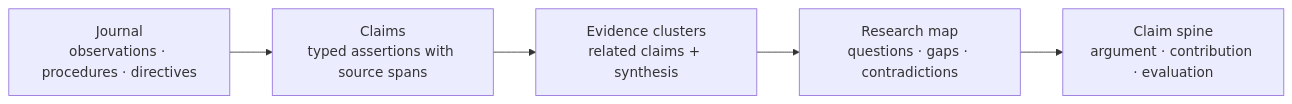
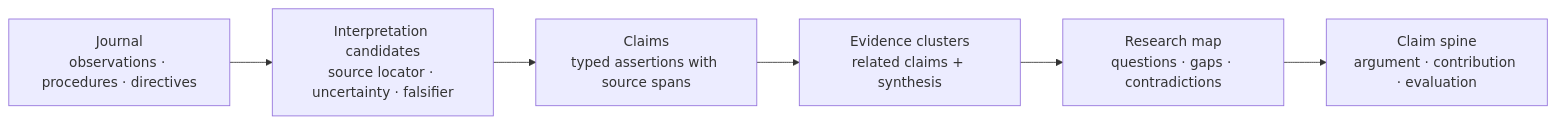
Before and after one commit to infinitywings/rka: the second of 2 diagrams in README.md, drawn with Mermaid. The commit also changed other lines of this file and 43 other files, not shown here.

````diff
--- a/README.md
+++ b/README.md
@@ -64,10 +64,11 @@
 ```mermaid
 flowchart LR
     Journal["Journal<br/>observations · procedures · directives"]
+    Candidates["Interpretation candidates<br/>source locator · uncertainty · falsifier"]
     Claims["Claims<br/>typed assertions with source spans"]
     Clusters["Evidence clusters<br/>related claims + synthesis"]
     Questions["Research map<br/>questions · gaps · contradictions"]
     Writing["Claim spine<br/>argument · contribution · evaluation"]
 
-    Journal --> Claims --> Clusters --> Questions --> Writing
+    Journal --> Candidates --> Claims --> Clusters --> Questions --> Writing
 ```
````
